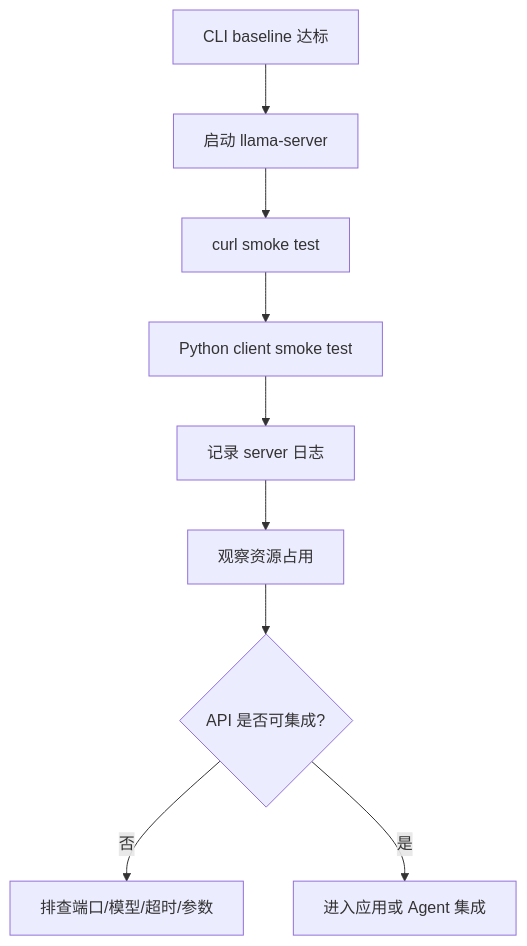
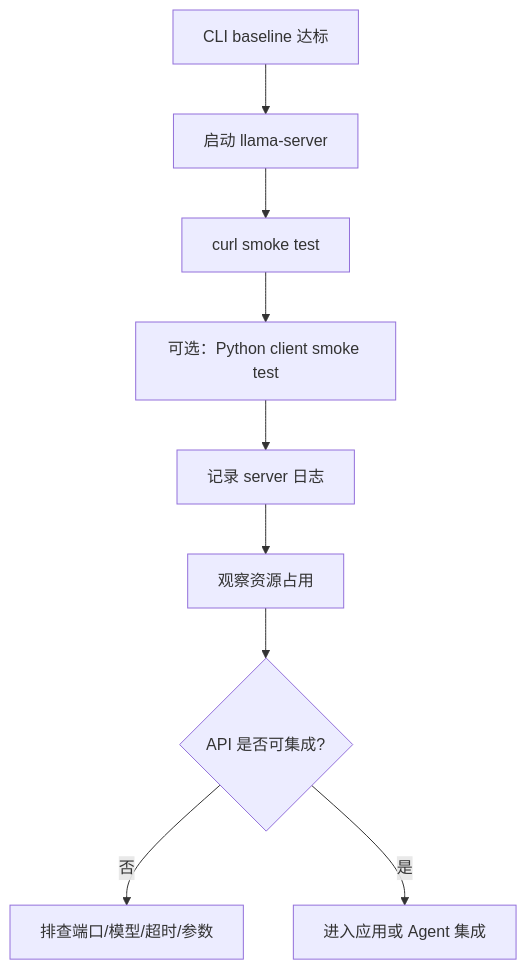
One commit to skyswordw/edge-ai-deployment-course changed the second of 2 diagrams in docs/lab-local-service.md. Above: the diagram before and after it, drawn with Mermaid. The commit also changed other lines of this file and 36 other files, not shown here.

````diff
--- a/docs/lab-local-service.md
+++ b/docs/lab-local-service.md
@@ -82,11 +92,11 @@
 ```mermaid
 flowchart TD
   A[CLI baseline 达标] --> B[启动 llama-server]
   B --> C[curl smoke test]
-  C --> D[Python client smoke test]
+  C --> D[可选：Python client smoke test]
   D --> E[记录 server 日志]
   E --> F[观察资源占用]
   F --> G{API 是否可集成?}
   G -- 否 --> H[排查端口/模型/超时/参数]
   G -- 是 --> I[进入应用或 Agent 集成]
 ```
````
